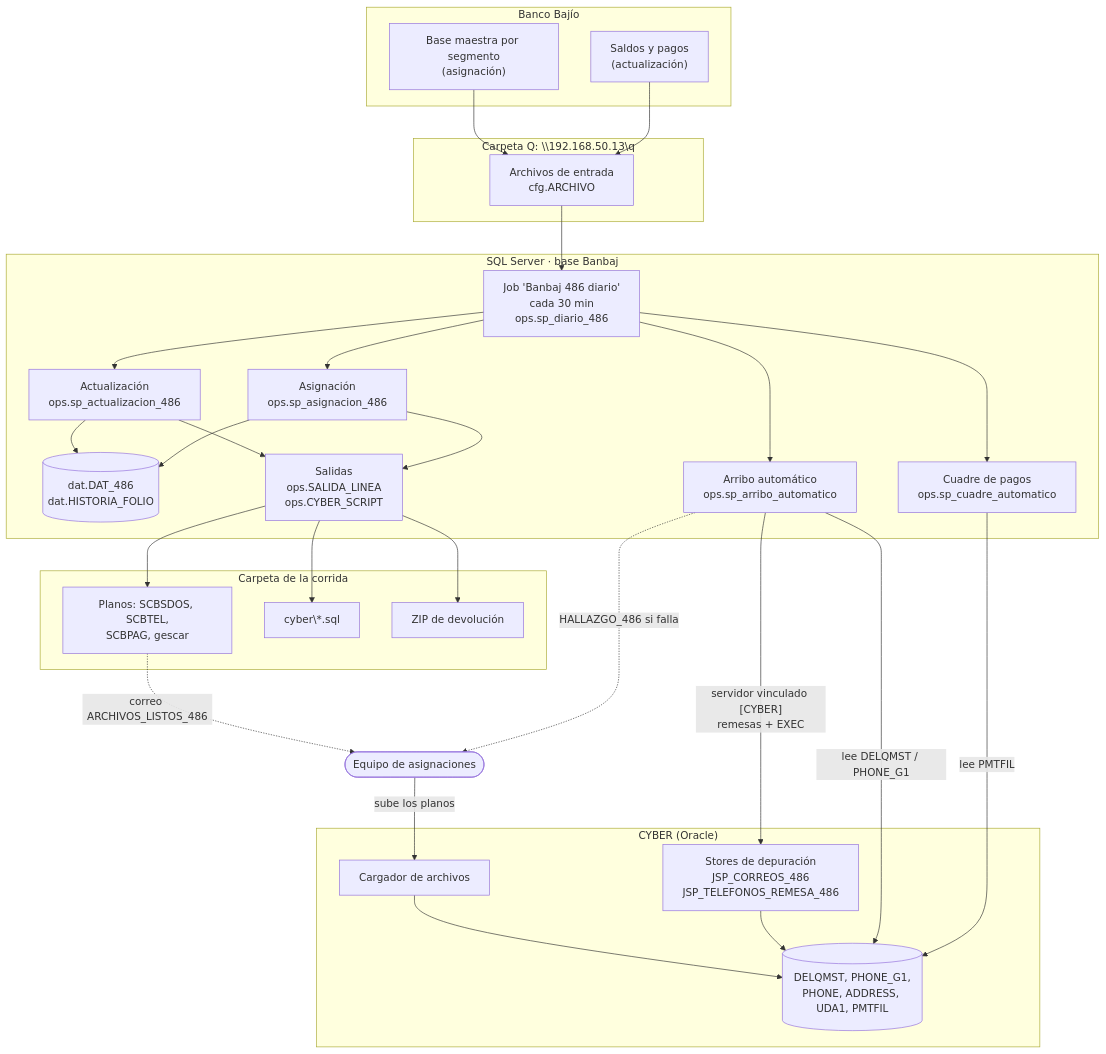
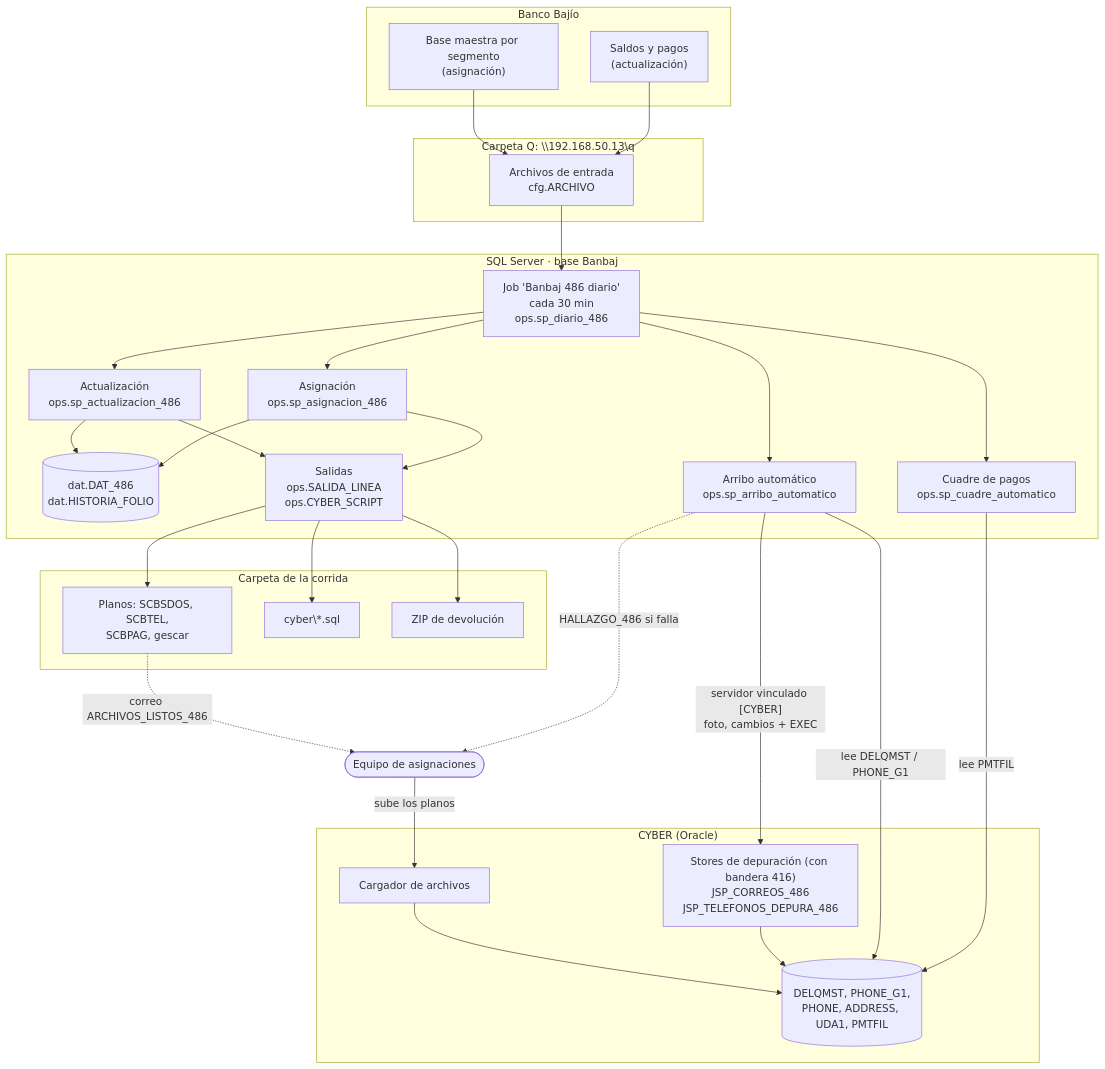
Before and after one commit to 0marMF/Banbaj: the diagram in docs/flujo/mmd/01_vista_general.mmd, drawn with Mermaid. The commit also changed 33 other files, not shown here.

First line of the commit message:
Docs: depuración por diferencia, bandera 416 de teléfonos y gescar SINTEL con saldos; prueba con nuevos

```diff
--- a/docs/flujo/mmd/01_vista_general.mmd
+++ b/docs/flujo/mmd/01_vista_general.mmd
@@ -1,48 +1,48 @@
 flowchart TB
     subgraph BANCO["Banco Bajío"]
         BM["Base maestra por segmento<br/>(asignación)"]
         SAL["Saldos y pagos<br/>(actualización)"]
     end
     subgraph Q["Carpeta Q: \\192.168.50.13\q"]
         ENT["Archivos de entrada<br/>cfg.ARCHIVO"]
     end
     subgraph SQL["SQL Server · base Banbaj"]
         JOB["Job 'Banbaj 486 diario'<br/>cada 30 min<br/>ops.sp_diario_486"]
         ACT["Actualización<br/>ops.sp_actualizacion_486"]
         ASIG["Asignación<br/>ops.sp_asignacion_486"]
         DAT[("dat.DAT_486<br/>dat.HISTORIA_FOLIO")]
         OUT["Salidas<br/>ops.SALIDA_LINEA<br/>ops.CYBER_SCRIPT"]
         ARR["Arribo automático<br/>ops.sp_arribo_automatico"]
         CUA["Cuadre de pagos<br/>ops.sp_cuadre_automatico"]
     end
     subgraph DISCO["Carpeta de la corrida"]
         TXT["Planos: SCBSDOS, SCBTEL,<br/>SCBPAG, gescar"]
         SCR["cyber\*.sql"]
         ZIP["ZIP de devolución"]
     end
     subgraph CYB["CYBER (Oracle)"]
         CARG["Cargador de archivos"]
         TAB[("DELQMST, PHONE_G1,<br/>PHONE, ADDRESS, UDA1, PMTFIL")]
-        JSP["Stores de depuración<br/>JSP_CORREOS_486<br/>JSP_TELEFONOS_REMESA_486"]
+        JSP["Stores de depuración (con bandera 416)<br/>JSP_CORREOS_486<br/>JSP_TELEFONOS_DEPURA_486"]
     end
     ASIGN(["Equipo de asignaciones"])
 
     BM --> ENT
     SAL --> ENT
     ENT --> JOB
     JOB --> ACT --> DAT
     JOB --> ASIG --> DAT
     ACT --> OUT
     ASIG --> OUT
     OUT --> TXT
     OUT --> SCR
     OUT --> ZIP
     TXT -. "correo ARCHIVOS_LISTOS_486" .-> ASIGN
     ASIGN -- "sube los planos" --> CARG --> TAB
     JOB --> ARR
-    ARR -- "servidor vinculado [CYBER]<br/>remesas + EXEC" --> JSP
+    ARR -- "servidor vinculado [CYBER]<br/>foto, cambios + EXEC" --> JSP
     JSP --> TAB
     ARR -- "lee DELQMST / PHONE_G1" --> TAB
     JOB --> CUA
     CUA -- "lee PMTFIL" --> TAB
     ARR -. "HALLAZGO_486 si falla" .-> ASIGN
```
